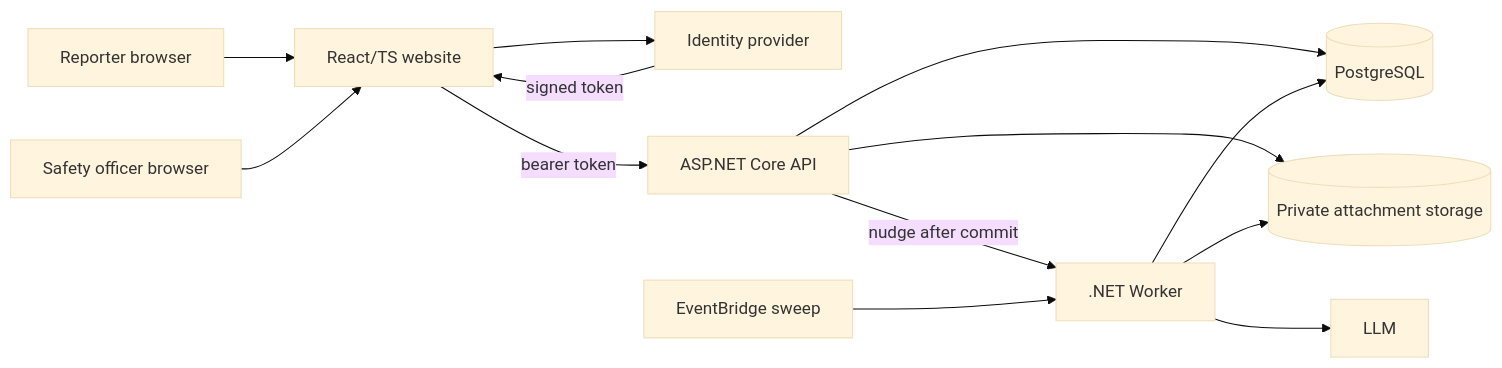
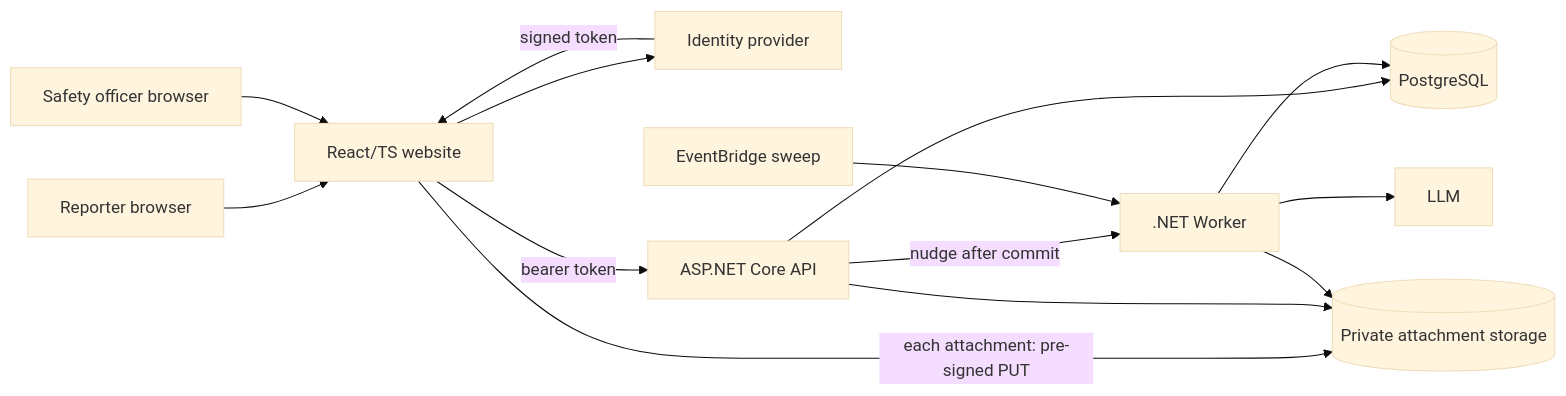
One commit to HPAC-Safety/safety-report changed the first of 2 diagrams in docs/system-overview.md. Above: the diagram before and after it, drawn with Mermaid (base theme). The commit also changed other lines of this file and 2 other files, not shown here.

First line of the commit message:
Show attachments going straight to storage by pre-signed PUT in the system overview (#543)

````diff
--- a/docs/system-overview.md
+++ b/docs/system-overview.md
@@ -60,15 +60,16 @@
 ```mermaid
 flowchart LR
     reporter[Reporter browser] --> web[React/TS website]
     officer[Safety officer browser] --> web
     web --> idp[Identity provider]
     idp -->|signed token| web
     web -->|bearer token| api[ASP.NET Core API]
+    web -->|each attachment: pre-signed PUT| media[(Private attachment storage)]
     api --> db[(PostgreSQL)]
-    api --> media[(Private attachment storage)]
+    api --> media
     api -->|nudge after commit| worker[.NET Worker]
     sweep[EventBridge sweep] --> worker
     worker --> llm[LLM]
     worker --> media
     worker --> db
 ```
````
